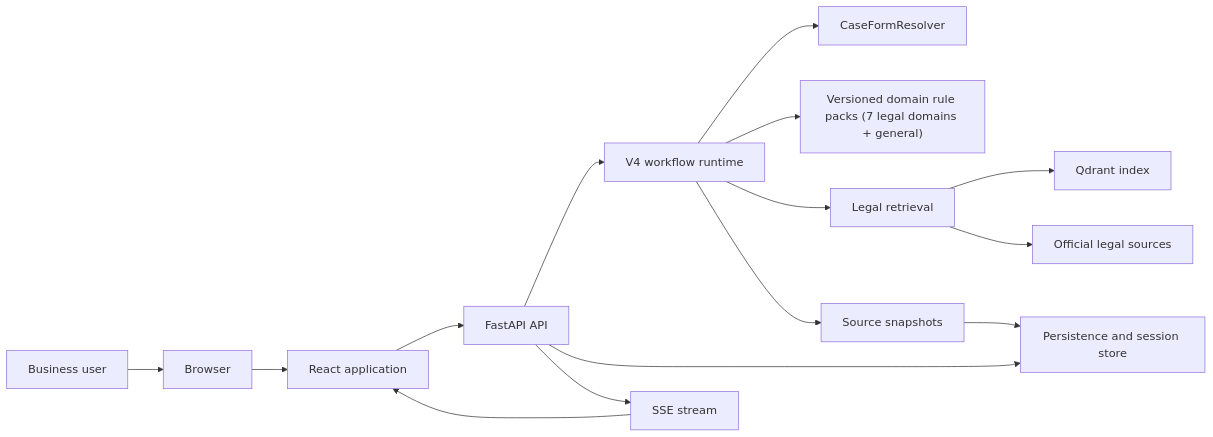
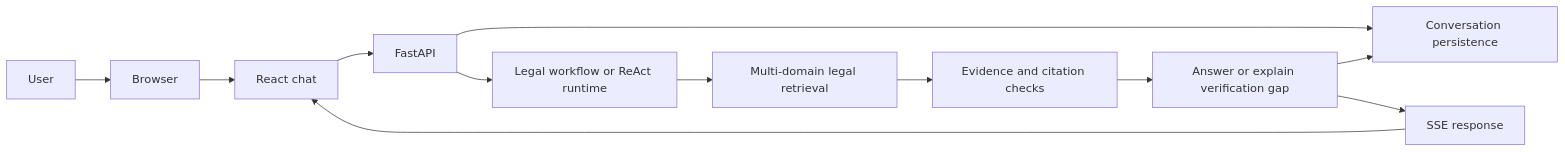
The first of 2 diagrams in docs/architecture/system-overview.md (taitran501/vietnam-legal-agent), drawn with Mermaid before and after one commit. The commit also changed other lines of this file and 379 other files, not shown here.

First line of the commit message:
Migrate to a general Vietnamese legal agent (#64)

````diff
--- a/docs/architecture/system-overview.md
+++ b/docs/architecture/system-overview.md
@@ -18,17 +12,14 @@
 ```mermaid
 flowchart LR
-    U["Business user"] --> B["Browser"]
-    B --> F["React application"]
-    F --> API["FastAPI API"]
-    API --> W["V4 workflow runtime"]
-    API --> P["Persistence and session store"]
-    W --> R["CaseFormResolver"]
-    W --> RP["Versioned domain rule packs (7 legal domains + general)"]
-    W --> L["Legal retrieval"]
-    L --> Q["Qdrant index"]
-    L --> O["Official legal sources"]
-    W --> S["Source snapshots"]
-    S --> P
-    API --> E["SSE stream"]
-    E --> F
+    U[User] --> B[Browser]
+    B --> F[React chat]
+    F --> API[FastAPI]
+    API --> W[Legal workflow or ReAct runtime]
+    API --> P[Conversation persistence]
+    W --> R[Multi-domain legal retrieval]
+    R --> V[Evidence and citation checks]
+    V --> A[Answer or explain verification gap]
+    A --> P
+    A --> SSE[SSE response]
+    SSE --> F
 ```
````
